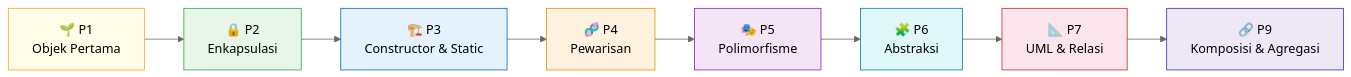
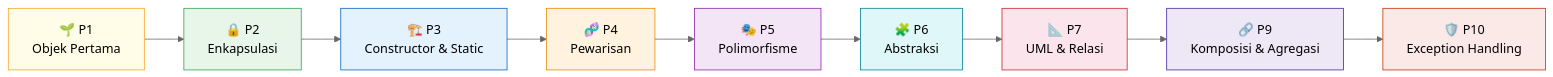
The first of 2 diagrams in README.md (muhammadkiro516-netizen/Praktikum-PBO-A-MuhammadSalmanAlFarisi-4525210141), drawn with Mermaid (neutral theme) before and after one commit. The commit also changed other lines of this file and 38 other files, not shown here.

Commit message:
Tambahkan tugas Pert 10: Exception Handling dan Pemrograman Defensif

````diff
--- a/README.md
+++ b/README.md
@@ -29,17 +29,19 @@
 ```mermaid
 flowchart LR
     Z["🌱 P1<br/>Objek Pertama"] --> A["🔒 P2<br/>Enkapsulasi"] --> B["🏗️ P3<br/>Constructor & Static"]
     B --> C["🧬 P4<br/>Pewarisan"]
     C --> D["🎭 P5<br/>Polimorfisme"]
     D --> E["🧩 P6<br/>Abstraksi"]
     E --> F["📐 P7<br/>UML & Relasi"]
     F --> G["🔗 P9<br/>Komposisi & Agregasi"]
     style Z fill:#fffde7,stroke:#F9A825,color:#000
     style A fill:#e8f5e9,stroke:#2ea44f,color:#000
     style B fill:#e3f2fd,stroke:#0A66C2,color:#000
     style C fill:#fff3e0,stroke:#ED8B00,color:#000
     style D fill:#f3e5f5,stroke:#8E24AA,color:#000
     style E fill:#e0f7fa,stroke:#00838F,color:#000
     style F fill:#fce4ec,stroke:#C62828,color:#000
     style G fill:#ede7f6,stroke:#4527A0,color:#000
+    G --> H["🛡️ P10<br/>Exception Handling"]
+    style H fill:#fbe9e7,stroke:#BF360C,color:#000
 ```
````
